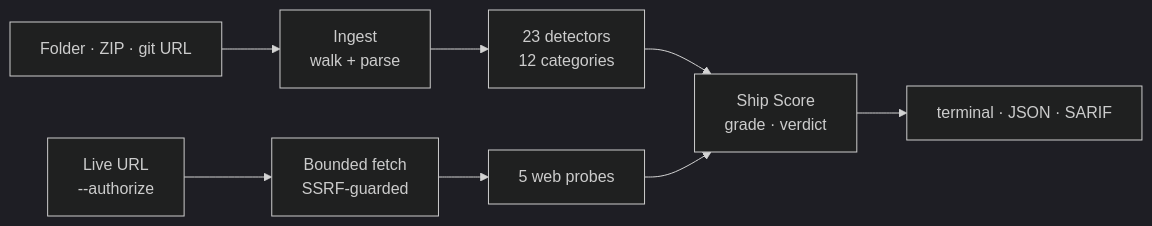
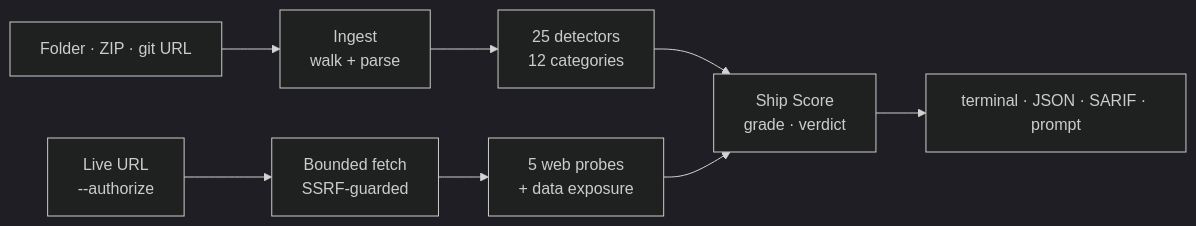
The diagram in README.md (Mocinjay/immunogen), drawn with Mermaid (dark theme) before and after one commit. The commit also changed other lines of this file and 3 other files, not shown here.

````diff
--- a/README.md
+++ b/README.md
@@ -280,10 +307,10 @@
 ```mermaid
 flowchart LR
     R["Folder · ZIP · git URL"] --> I["Ingest<br/>walk + parse"]
-    I --> D["23 detectors<br/>12 categories"]
+    I --> D["25 detectors<br/>12 categories"]
     U["Live URL<br/>--authorize"] --> F["Bounded fetch<br/>SSRF-guarded"]
-    F --> W["5 web probes"]
+    F --> W["5 web probes<br/>+ data exposure"]
     D --> S["Ship Score<br/>grade · verdict"]
     W --> S
-    S --> O["terminal · JSON · SARIF"]
+    S --> O["terminal · JSON · SARIF · prompt"]
 ```
````
